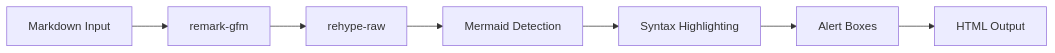
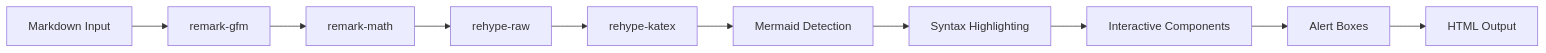
Before and after one commit to nuniversity/nuniversity.github.io: the diagram in docs/features/MARKDOWN-RENDERER.md, drawn with Mermaid. The commit also changed other lines of this file and 221 other files, not shown here.

````diff
--- a/docs/features/MARKDOWN-RENDERER.md
+++ b/docs/features/MARKDOWN-RENDERER.md
@@ -3,9 +3,12 @@
 ```mermaid
 flowchart LR
     A["Markdown Input"] --> B["remark-gfm"]
-    B --> C["rehype-raw"]
-    C --> D["Mermaid Detection"]
-    D --> E["Syntax Highlighting"]
-    E --> F["Alert Boxes"]
-    F --> G["HTML Output"]
+    B --> C["remark-math"]
+    C --> D["rehype-raw"]
+    D --> E["rehype-katex"]
+    E --> F["Mermaid Detection"]
+    F --> G["Syntax Highlighting"]
+    G --> H["Interactive Components"]
+    H --> I["Alert Boxes"]
+    I --> J["HTML Output"]
 ```
````
